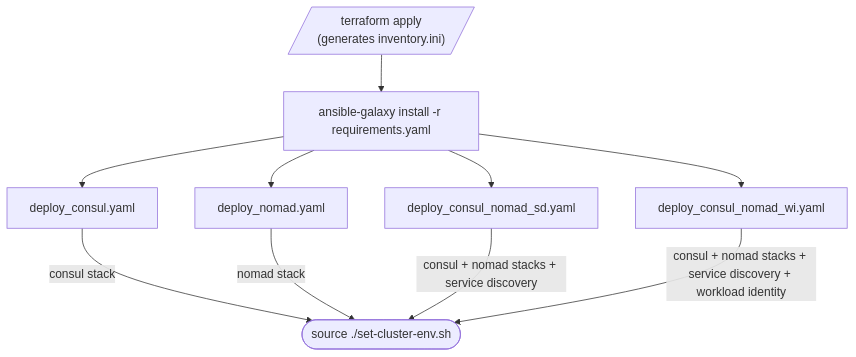
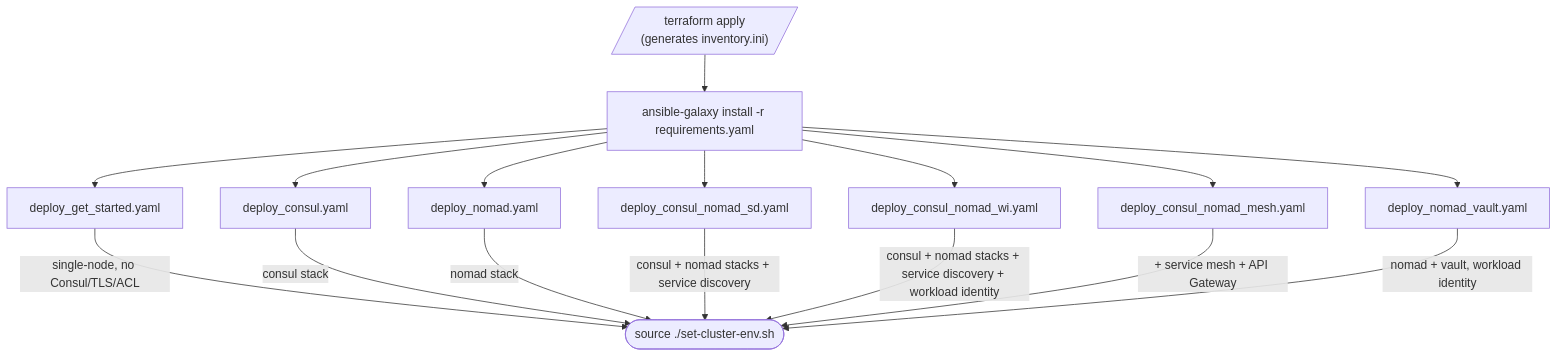
One commit to hashicorp-education/nomad-infrastructure changed the diagram in ansible/PLAYBOOKS-README.md. Above: the diagram before and after it, drawn with Mermaid. The commit also changed other lines of this file and 15 other files, not shown here.

````diff
--- a/ansible/PLAYBOOKS-README.md
+++ b/ansible/PLAYBOOKS-README.md
@@ -18,16 +18,22 @@
 ```mermaid
 flowchart TD
     TF[/"terraform apply\n(generates inventory.ini)"/]
     DEPS["ansible-galaxy install -r requirements.yaml"]
     TF --> DEPS
 
+    DEPS --> D0["deploy_get_started.yaml"]
     DEPS --> D1["deploy_consul.yaml"]
     DEPS --> D2["deploy_nomad.yaml"]
     DEPS --> D3["deploy_consul_nomad_sd.yaml"]
     DEPS --> D4["deploy_consul_nomad_wi.yaml"]
+    DEPS --> D5["deploy_consul_nomad_mesh.yaml"]
+    DEPS --> D6["deploy_nomad_vault.yaml"]
 
+    D0 -->|"single-node, no Consul/TLS/ACL"| ENV
     D1 -->|"consul stack"| ENV
     D2 -->|"nomad stack"| ENV
     D3 -->|"consul + nomad stacks + service discovery"| ENV
-    D4 -->|"consul + nomad stacks + service discovery + workload identity"| ENV(["source ./set-cluster-env.sh"])
+    D4 -->|"consul + nomad stacks + service discovery + workload identity"| ENV
+    D5 -->|"+ service mesh + API Gateway"| ENV
+    D6 -->|"nomad + vault, workload identity"| ENV(["source ./set-cluster-env.sh"])
 ```
````
